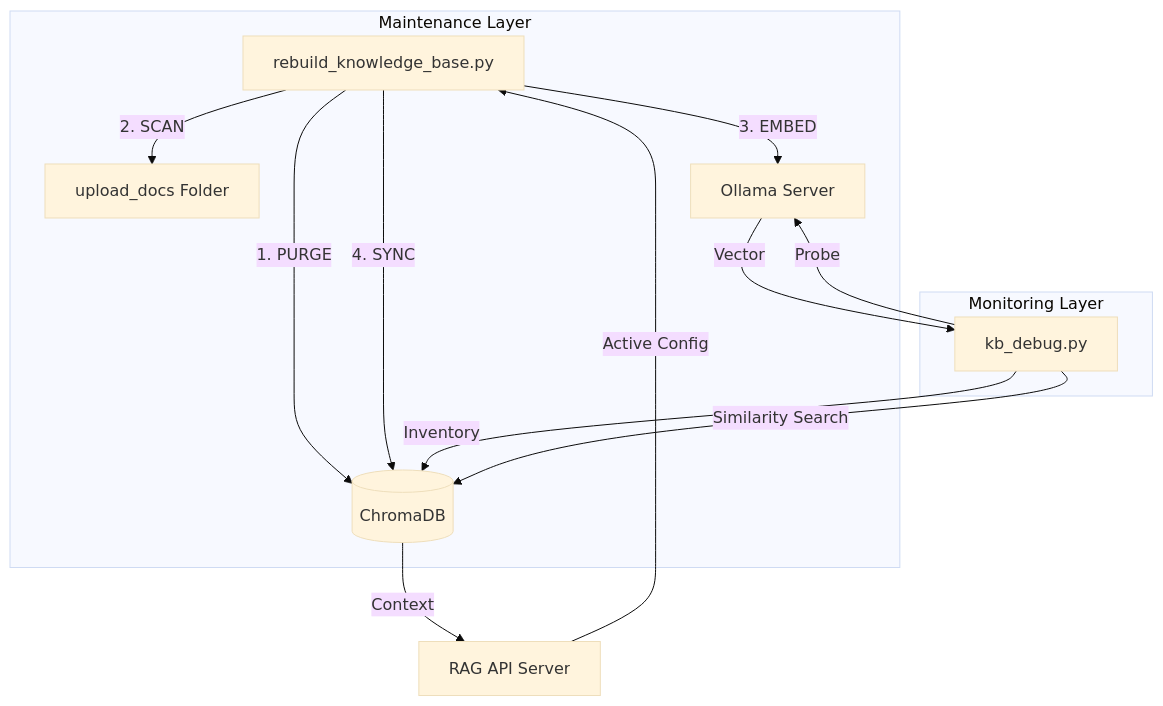
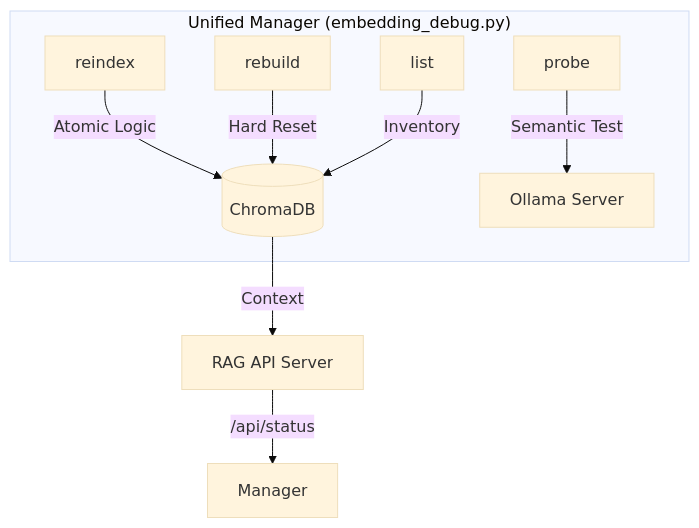
The diagram in DEBUG_SUITE_GUIDE.md (NayanEupho/RAG_Chat_IPRv1.5), drawn with Mermaid (base theme) before and after one commit. The commit also changed other lines of this file and 19 other files, not shown here.

First line of the commit message:
feat(rag): add hierarchical chunk metadata, platinum retriever envelopes, and unified embedding debug manager

````diff
--- a/DEBUG_SUITE_GUIDE.md
+++ b/DEBUG_SUITE_GUIDE.md
@@ -11,19 +11,12 @@
 ```mermaid
 graph TD
-    subgraph "Maintenance Layer"
-        R[rebuild_knowledge_base.py] -- "1. PURGE" --> DB[(ChromaDB)]
-        R -- "2. SCAN" --> Docs[upload_docs Folder]
-        R -- "3. EMBED" --> Ollama[Ollama Server]
-        R -- "4. SYNC" --> DB
+    subgraph "Unified Manager (embedding_debug.py)"
+        RE[reindex] -- "Atomic Logic" --> DB[(ChromaDB)]
+        RB[rebuild] -- "Hard Reset" --> DB
+        L[list] -- "Inventory" --> DB
+        P[probe] -- "Semantic Test" --> Ollama[Ollama Server]
     end
 
-    subgraph "Monitoring Layer"
-        D[kb_debug.py] -- "Inventory" --> DB
-        D -- "Probe" --> Ollama
-        Ollama -- "Vector" --> D
-        D -- "Similarity Search" --> DB
-    end
-
-    API[RAG API Server] -- "Active Config" --> R
+    API[RAG API Server] -- "/api/status" --> Manager[Manager]
     DB -- "Context" --> API
 ```
````
